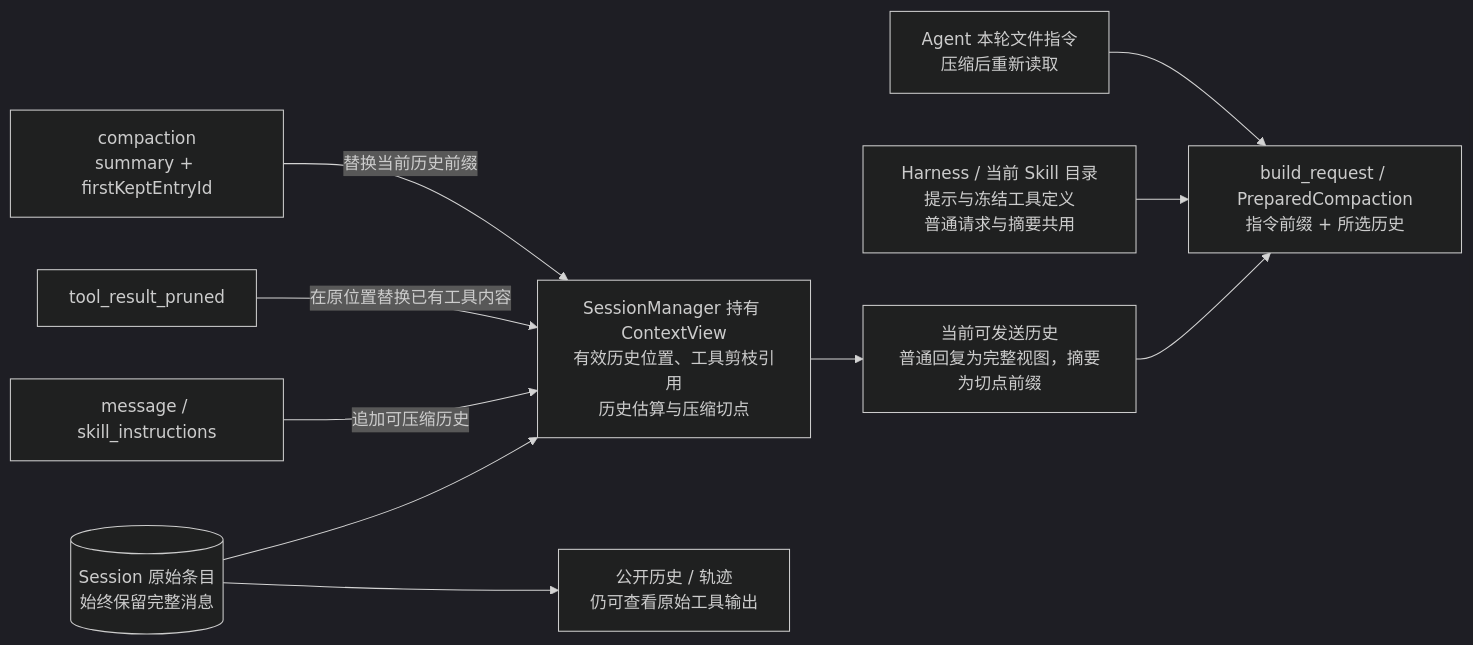
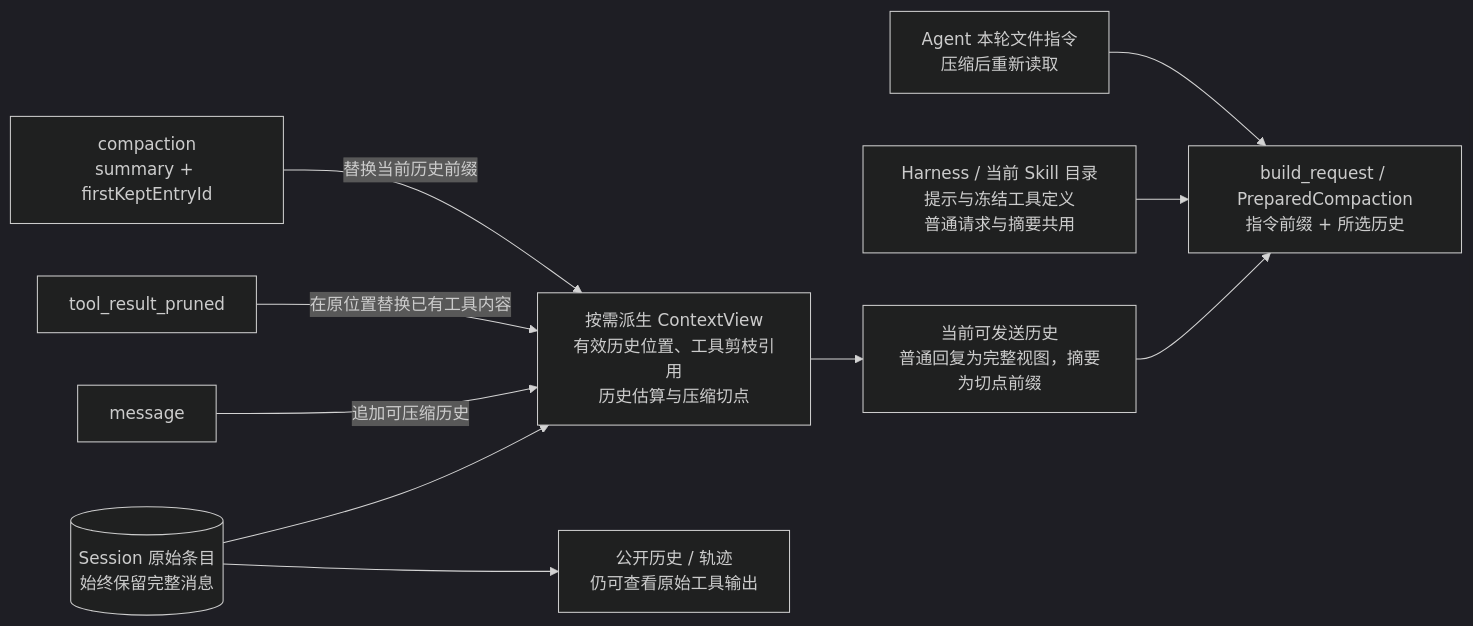
Diagram 22 of 29 in docs/architecture.md (qjcnmd/singularity-agent), drawn with Mermaid (dark theme) before and after one commit. The commit also changed other lines of this file and 66 other files, not shown here.

````diff
--- a/docs/architecture.md
+++ b/docs/architecture.md
@@ -644,13 +644,13 @@
 ```mermaid
 flowchart LR
     Ledger[("Session 原始条目<br/>始终保留完整消息")]
-    Ledger --> Context["SessionManager 持有 ContextView<br/>有效历史位置、工具剪枝引用<br/>历史估算与压缩切点"]
+    Ledger --> Context["按需派生 ContextView<br/>有效历史位置、工具剪枝引用<br/>历史估算与压缩切点"]
     Ledger --> Public["公开历史 / 轨迹<br/>仍可查看原始工具输出"]
-    Message["message / skill_instructions"] -->|"追加可压缩历史"| Context
+    Message["message"] -->|"追加可压缩历史"| Context
     Prune["tool_result_pruned"] -->|"在原位置替换已有工具内容"| Context
     Compact["compaction<br/>summary + firstKeptEntryId"] -->|"替换当前历史前缀"| Context
     Context --> History["当前可发送历史<br/>普通回复为完整视图，摘要为切点前缀"]
     History --> Request["build_request / PreparedCompaction<br/>指令前缀 + 所选历史"]
     Developer["Harness / 当前 Skill 目录提示与冻结工具定义<br/>普通请求与摘要共用"] --> Request
     Files["Agent 本轮文件指令<br/>压缩后重新读取"] --> Request
 ```
````
